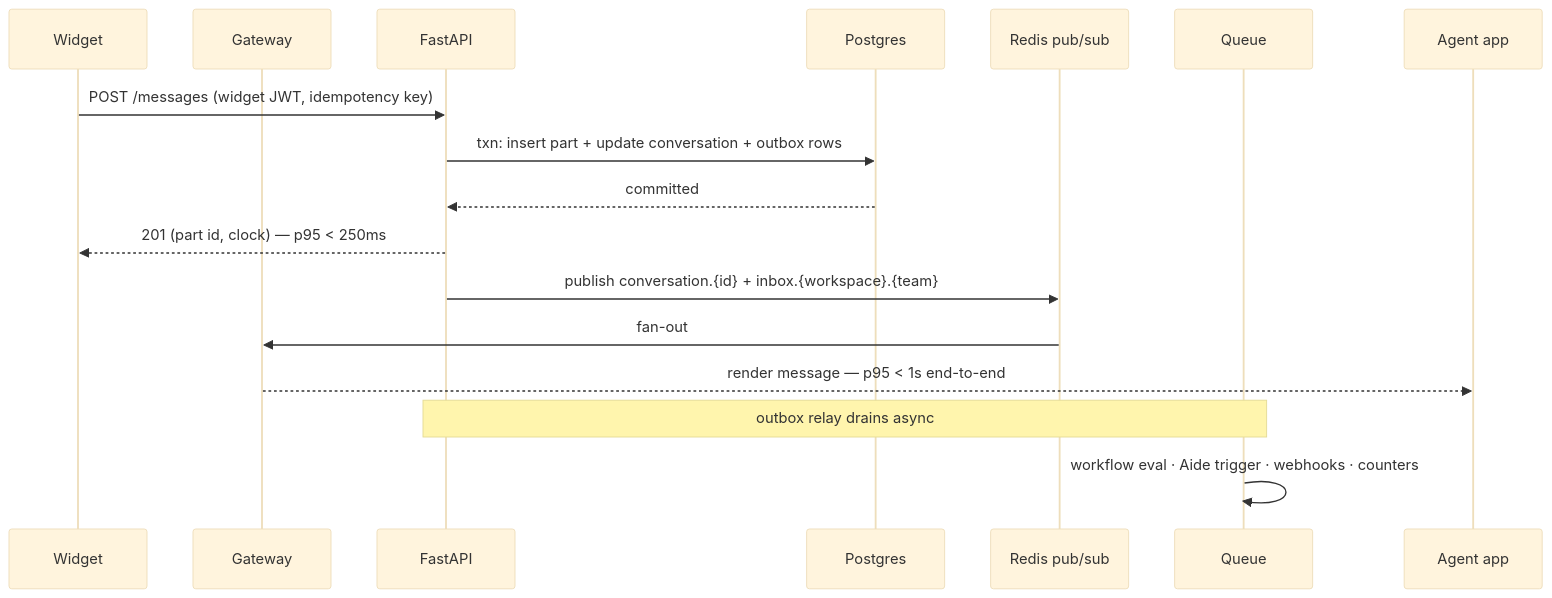
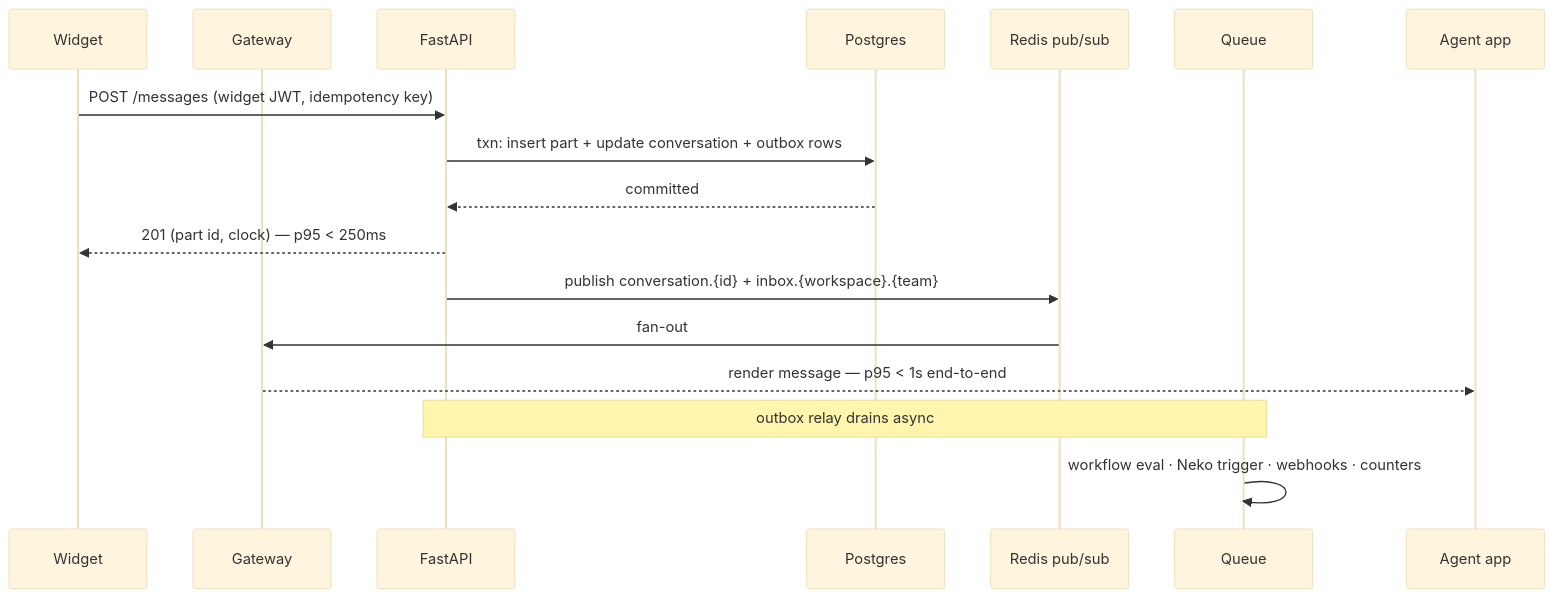
The second of 2 diagrams in rfcs/RFC-001-system-architecture.md (tanjirkhan3229-cmyk/intercom), drawn with Mermaid (base theme) before and after one commit. The commit also changed other lines of this file and 12 other files, not shown here.

Commit message:
Rename AI agent codename Aide -> Neko across docs, prompts, and docx

````diff
--- a/rfcs/RFC-001-system-architecture.md
+++ b/rfcs/RFC-001-system-architecture.md
@@ -147,20 +147,20 @@
 ```mermaid
 sequenceDiagram
   participant V as Widget
   participant GW as Gateway
   participant API as FastAPI
   participant PG as Postgres
   participant R as Redis pub/sub
   participant Q as Queue
   participant AG as Agent app
 
   V->>API: POST /messages (widget JWT, idempotency key)
   API->>PG: txn: insert part + update conversation + outbox rows
   PG-->>API: committed
   API-->>V: 201 (part id, clock) — p95 < 250ms
   API->>R: publish conversation.{id} + inbox.{workspace}.{team}
   R->>GW: fan-out
   GW-->>AG: render message — p95 < 1s end-to-end
   Note over API,Q: outbox relay drains async
-  Q->>Q: workflow eval · Aide trigger · webhooks · counters
+  Q->>Q: workflow eval · Neko trigger · webhooks · counters
 ```
````
